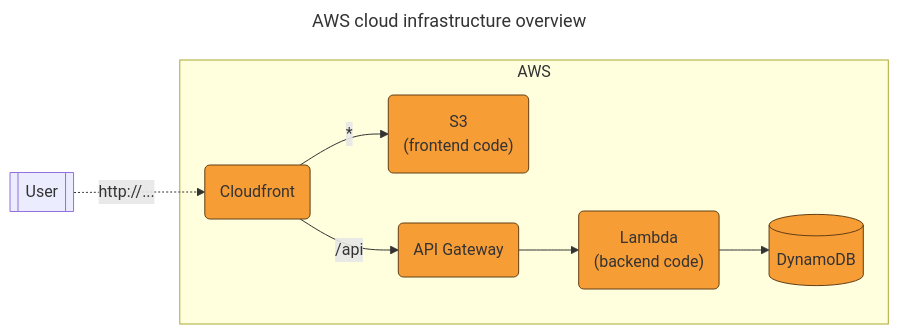
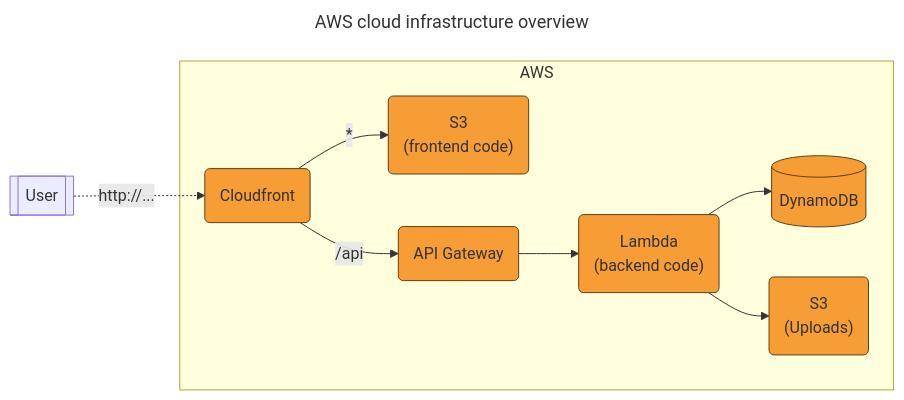
Before and after one commit to obecker/causalist: the diagram in infrastructure/README.md, drawn with Mermaid. The commit also changed 27 other files, not shown here.

````diff
--- a/infrastructure/README.md
+++ b/infrastructure/README.md
@@ -3,22 +3,24 @@
 ```mermaid
 ---
 title: AWS cloud infrastructure overview
 ---
 flowchart LR
     user[[User]]
     subgraph AWS 
     cloudfront(Cloudfront):::aws
-    s3("S3<br>(frontend code)"):::aws
+    s3_frontend("S3<br>(frontend code)"):::aws
     api(API Gateway):::aws
     lambda("Lambda<br>(backend code)"):::aws
     dynamo[(DynamoDB)]:::aws
+    s3_documents("S3<br>(Uploads)"):::aws
     end
     
     user -. "http://..." .-> cloudfront
-    cloudfront -- * --> s3
+    cloudfront -- * --> s3_frontend
     cloudfront -- /api --> api
     api --> lambda
     lambda --> dynamo
+    lambda --> s3_documents
     
     classDef aws fill:#f79d36,stroke:#623e15
 ```
````
